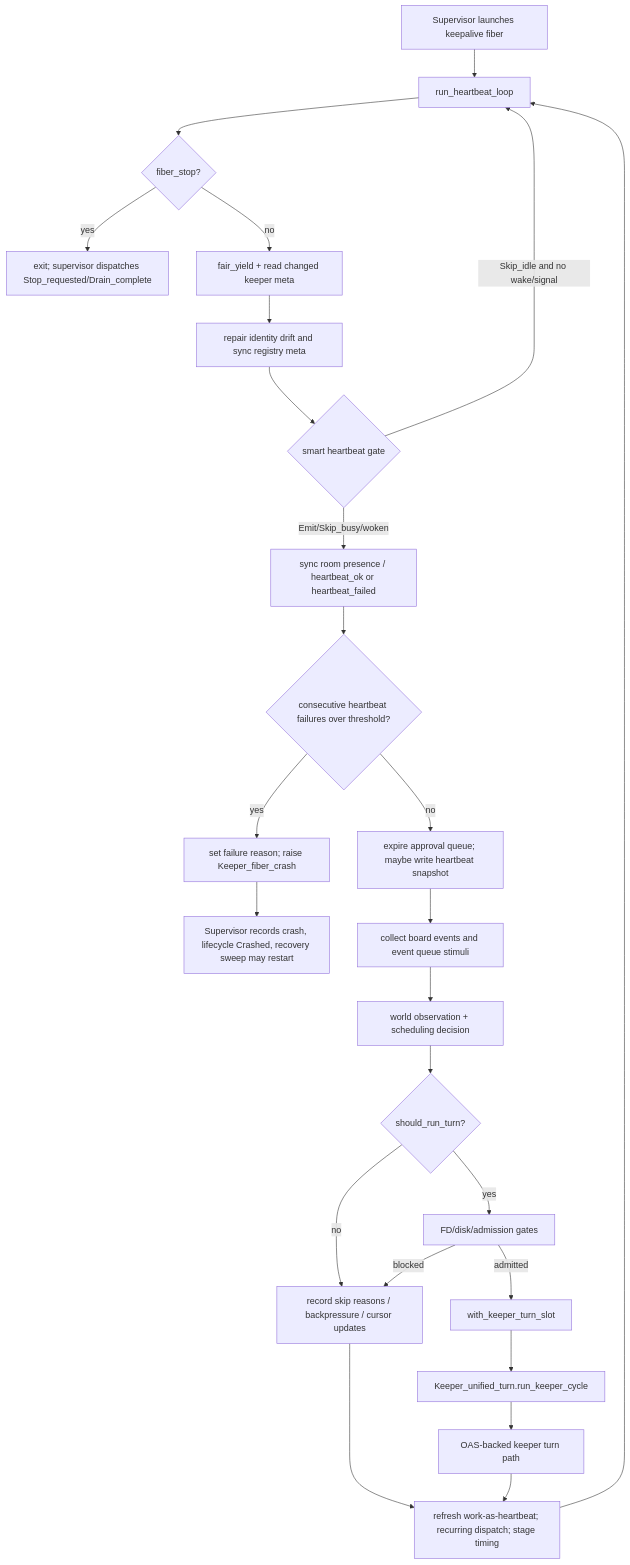
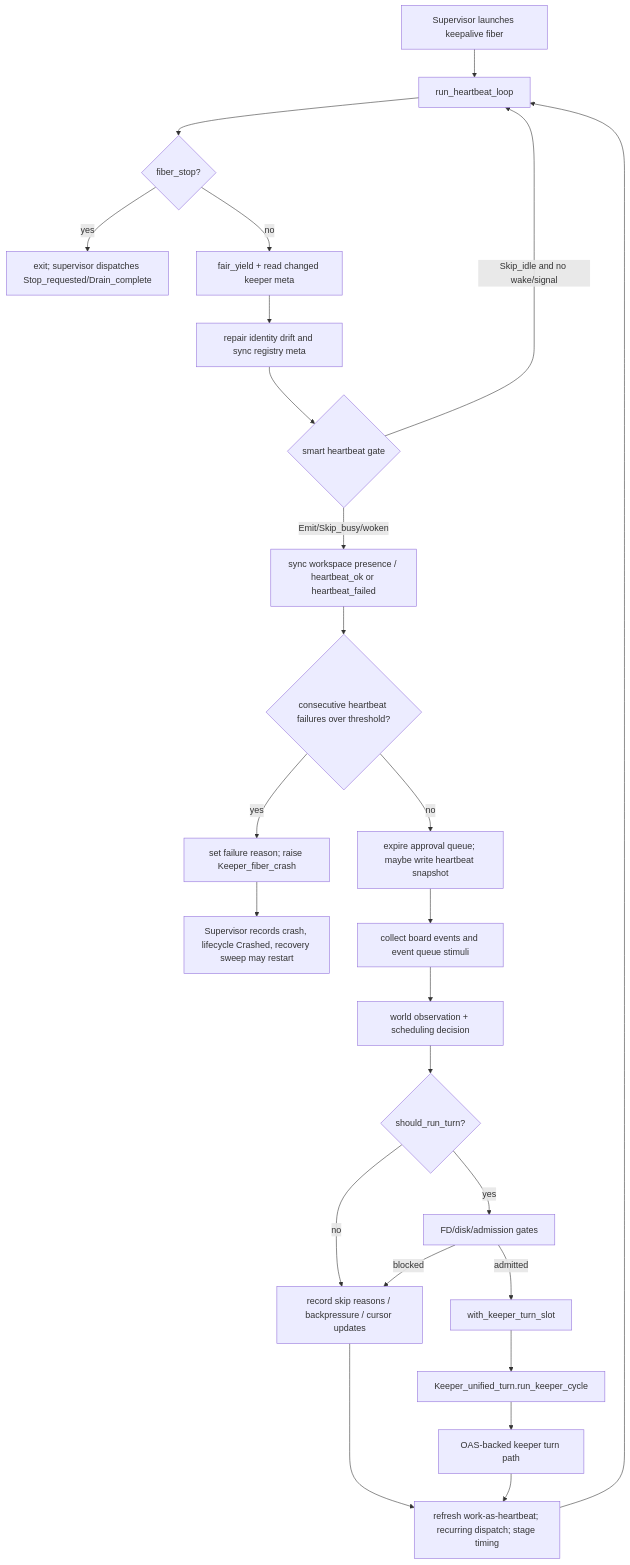
One commit to jeong-sik/masc changed the second of 5 diagrams in docs/keeper-turn-lifecycle.md. Above: the diagram before and after it, drawn with Mermaid. The commit also changed 359 other files, not shown here.

````diff
--- a/docs/keeper-turn-lifecycle.md
+++ b/docs/keeper-turn-lifecycle.md
@@ -55,27 +55,27 @@
 ```mermaid
 flowchart TD
     A[Supervisor launches keepalive fiber] --> B[run_heartbeat_loop]
     B --> C{fiber_stop?}
     C -- yes --> Z[exit; supervisor dispatches Stop_requested/Drain_complete]
     C -- no --> D[fair_yield + read changed keeper meta]
     D --> E[repair identity drift and sync registry meta]
     E --> F{smart heartbeat gate}
     F -- Skip_idle and no wake/signal --> B
-    F -- Emit/Skip_busy/woken --> G[sync room presence / heartbeat_ok or heartbeat_failed]
+    F -- Emit/Skip_busy/woken --> G[sync workspace presence / heartbeat_ok or heartbeat_failed]
     G --> H{consecutive heartbeat failures over threshold?}
     H -- yes --> X[set failure reason; raise Keeper_fiber_crash]
     H -- no --> I[expire approval queue; maybe write heartbeat snapshot]
     I --> J[collect board events and event queue stimuli]
     J --> K[world observation + scheduling decision]
     K --> L{should_run_turn?}
     L -- no --> M[record skip reasons / backpressure / cursor updates]
     L -- yes --> N[FD/disk/admission gates]
     N -- blocked --> M
     N -- admitted --> O[with_keeper_turn_slot]
     O --> P[Keeper_unified_turn.run_keeper_cycle]
     P --> Q[OAS-backed keeper turn path]
     Q --> R[refresh work-as-heartbeat; recurring dispatch; stage timing]
     M --> R
     R --> B
     X --> Y[Supervisor records crash, lifecycle Crashed, recovery sweep may restart]
 ```
````
